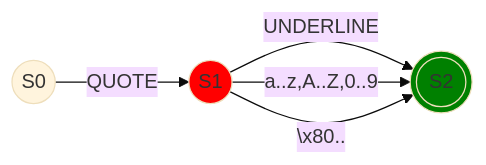
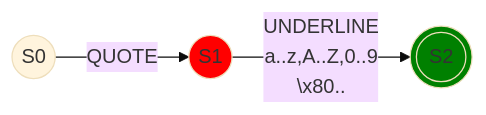
The diagram in grammar/lexical_analysis/other_literals.md (henryk-kramer/quartz-lang), drawn with Mermaid (base theme) before and after one commit. The commit also changed 1 other file, not shown here.

Commit message:
Added normal and muted identifier to grammar

````diff
--- a/grammar/lexical_analysis/other_literals.md
+++ b/grammar/lexical_analysis/other_literals.md
@@ -28,13 +28,11 @@
 ```mermaid
 graph LR;
     A((S0))
     B((S1))
     C(((S2)))
     style B fill: red
     style C fill: green
 
     A -- QUOTE --> B
-    B -- UNDERLINE --> C
-    B -- a..z,A..Z,0..9 --> C
-    B -- \x80.. --> C
+    B -- UNDERLINE<br>a..z,A..Z,0..9<br>\x80.. --> C
 ```
````
